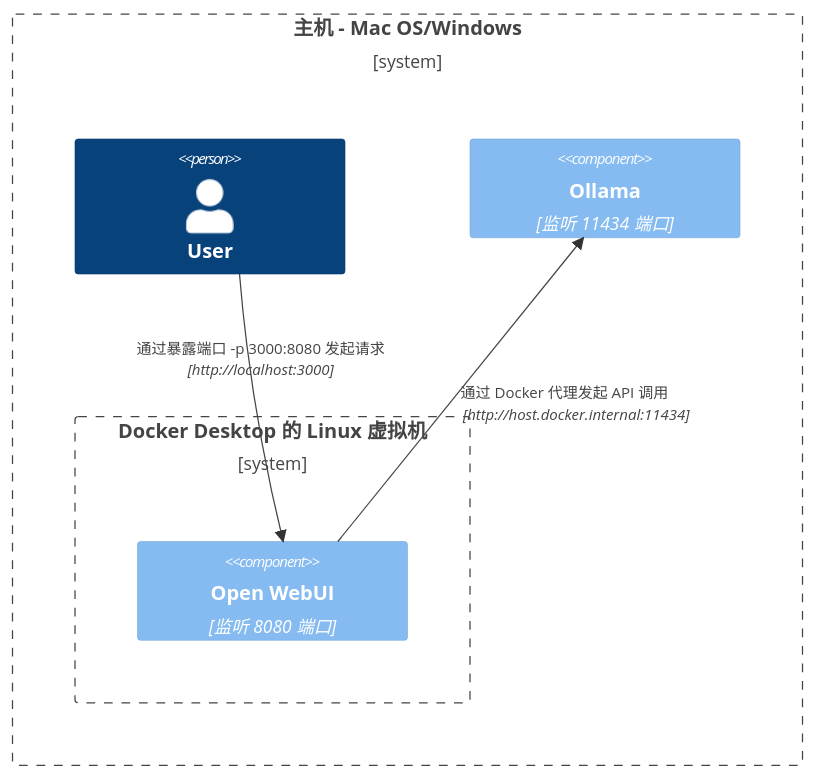
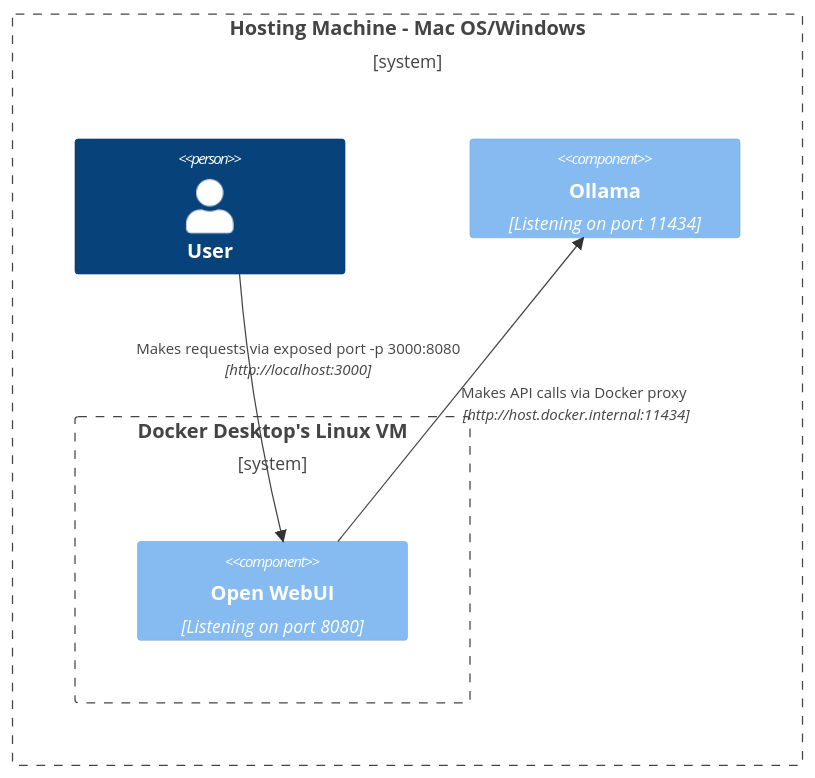
The first of 8 diagrams in zh-cn/docs/reference/network-diagrams.mdx (SMYQH/openwebuidocs), drawn with Mermaid before and after one commit. The commit also changed other lines of this file and 116 other files, not shown here.

````diff
--- a/zh-cn/docs/reference/network-diagrams.mdx
+++ b/zh-cn/docs/reference/network-diagrams.mdx
@@ -21,13 +21,13 @@
 ```mermaid
 C4Context
-Boundary(b0, "主机 - Mac OS/Windows") {
+Boundary(b0, "Hosting Machine - Mac OS/Windows") {
    Person(user, "User")
-   Boundary(b1, "Docker Desktop 的 Linux 虚拟机") {
-      Component(openwebui, "Open WebUI", "监听 8080 端口")
+   Boundary(b1, "Docker Desktop's Linux VM") {
+      Component(openwebui, "Open WebUI", "Listening on port 8080")
    }
-   Component(ollama, "Ollama", "监听 11434 端口")
+   Component(ollama, "Ollama", "Listening on port 11434")
 }
-Rel(openwebui, ollama, "通过 Docker 代理发起 API 调用", "http://host.docker.internal:11434")
-Rel(user, openwebui, "通过暴露端口 -p 3000:8080 发起请求", "http://localhost:3000")
+Rel(openwebui, ollama, "Makes API calls via Docker proxy", "http://host.docker.internal:11434")
+Rel(user, openwebui, "Makes requests via exposed port -p 3000:8080", "http://localhost:3000")
 UpdateRelStyle(user, openwebui, $offsetX="-100", $offsetY="-50")
 ```
````
